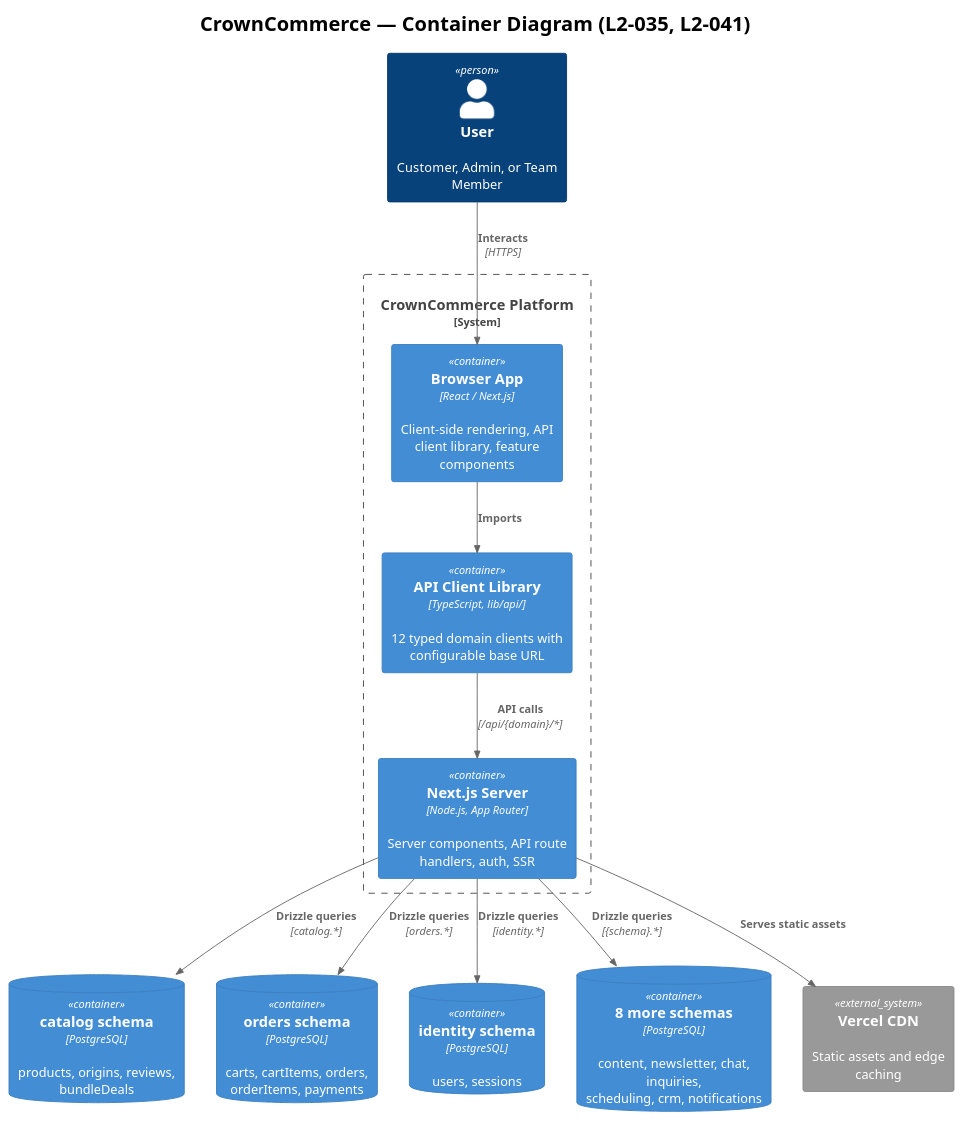
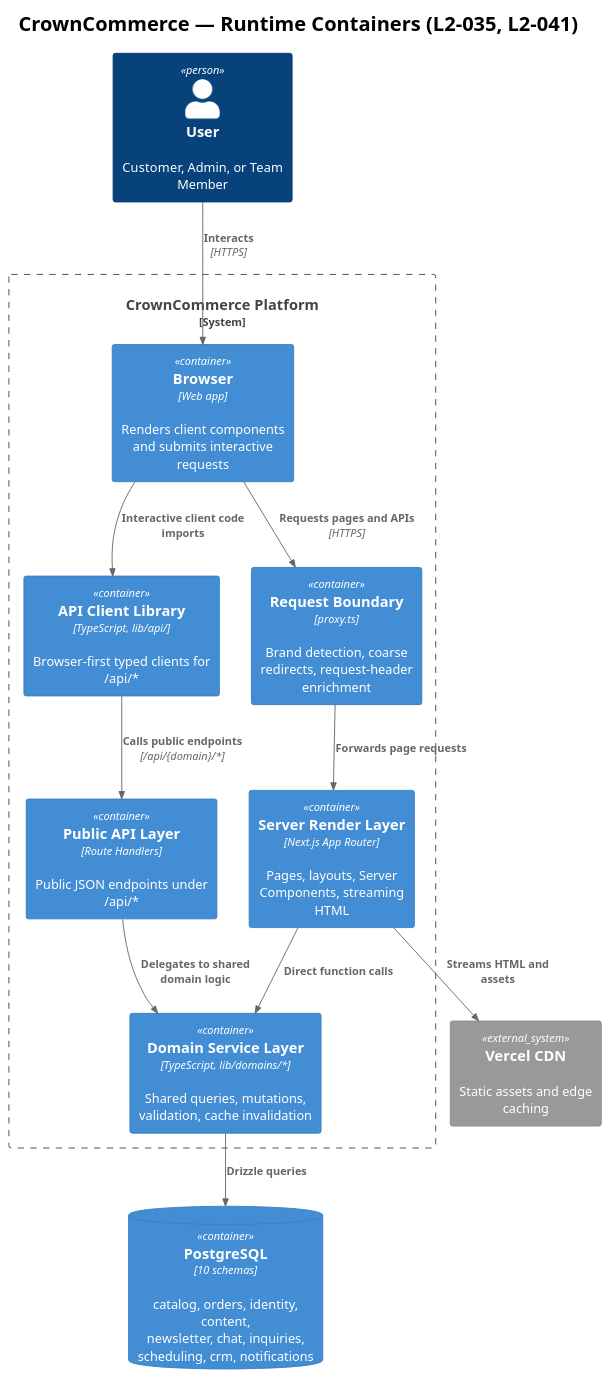
Before and after one commit to QuinntyneBrown/CrownCommerce: the diagram in docs/detailed-designs/01-platform-architecture/diagrams/c4-container.puml, drawn with PlantUML. The commit also changed 15 other files, not shown here.

```diff
--- a/docs/detailed-designs/01-platform-architecture/diagrams/c4-container.puml
+++ b/docs/detailed-designs/01-platform-architecture/diagrams/c4-container.puml
@@ -1,31 +1,32 @@
 @startuml c4-container
 !theme plain
 !include <C4/C4_Container>
 
-title CrownCommerce — Container Diagram (L2-035, L2-041)
+title CrownCommerce — Runtime Containers (L2-035, L2-041)
 
 Person(user, "User", "Customer, Admin, or Team Member")
 
 System_Boundary(cc, "CrownCommerce Platform") {
-    Container(browser, "Browser App", "React / Next.js", "Client-side rendering, API client library, feature components")
-    Container(nextjs, "Next.js Server", "Node.js, App Router", "Server components, API route handlers, auth, SSR")
-    Container(apiclient, "API Client Library", "TypeScript, lib/api/", "12 typed domain clients with configurable base URL")
+    Container(browser, "Browser", "Web app", "Renders client components and submits interactive requests")
+    Container(proxy, "Request Boundary", "proxy.ts", "Brand detection, coarse redirects, request-header enrichment")
+    Container(server_render, "Server Render Layer", "Next.js App Router", "Pages, layouts, Server Components, streaming HTML")
+    Container(api, "Public API Layer", "Route Handlers", "Public JSON endpoints under /api/*")
+    Container(apiclient, "API Client Library", "TypeScript, lib/api/", "Browser-first typed clients for /api/*")
+    Container(services, "Domain Service Layer", "TypeScript, lib/domains/*", "Shared queries, mutations, validation, cache invalidation")
 }
 
-ContainerDb(pg_catalog, "catalog schema", "PostgreSQL", "products, origins, reviews, bundleDeals")
-ContainerDb(pg_orders, "orders schema", "PostgreSQL", "carts, cartItems, orders, orderItems, payments")
-ContainerDb(pg_identity, "identity schema", "PostgreSQL", "users, sessions")
-ContainerDb(pg_other, "8 more schemas", "PostgreSQL", "content, newsletter, chat, inquiries,\nscheduling, crm, notifications")
+ContainerDb(pg, "PostgreSQL", "10 schemas", "catalog, orders, identity, content,\nnewsletter, chat, inquiries,\nscheduling, crm, notifications")
 
 System_Ext(cdn, "Vercel CDN", "Static assets and edge caching")
 
 Rel(user, browser, "Interacts", "HTTPS")
-Rel(browser, apiclient, "Imports")
-Rel(apiclient, nextjs, "API calls", "/api/{domain}/*")
-Rel(nextjs, pg_catalog, "Drizzle queries", "catalog.*")
-Rel(nextjs, pg_orders, "Drizzle queries", "orders.*")
-Rel(nextjs, pg_identity, "Drizzle queries", "identity.*")
-Rel(nextjs, pg_other, "Drizzle queries", "{schema}.*")
-Rel(nextjs, cdn, "Serves static assets")
+Rel(browser, proxy, "Requests pages and APIs", "HTTPS")
+Rel(proxy, server_render, "Forwards page requests")
+Rel(browser, apiclient, "Interactive client code imports")
+Rel(apiclient, api, "Calls public endpoints", "/api/{domain}/*")
+Rel(server_render, services, "Direct function calls")
+Rel(api, services, "Delegates to shared domain logic")
+Rel(services, pg, "Drizzle queries")
+Rel(server_render, cdn, "Streams HTML and assets")
 
 @enduml
```
